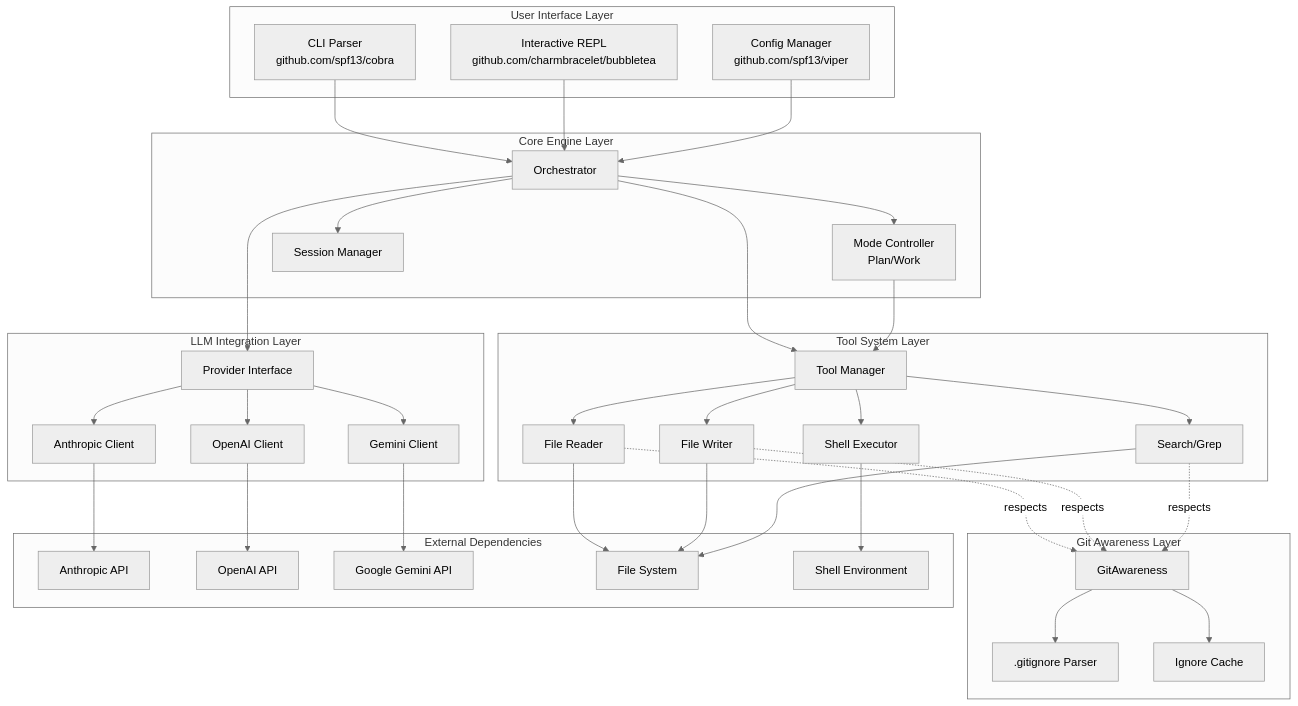
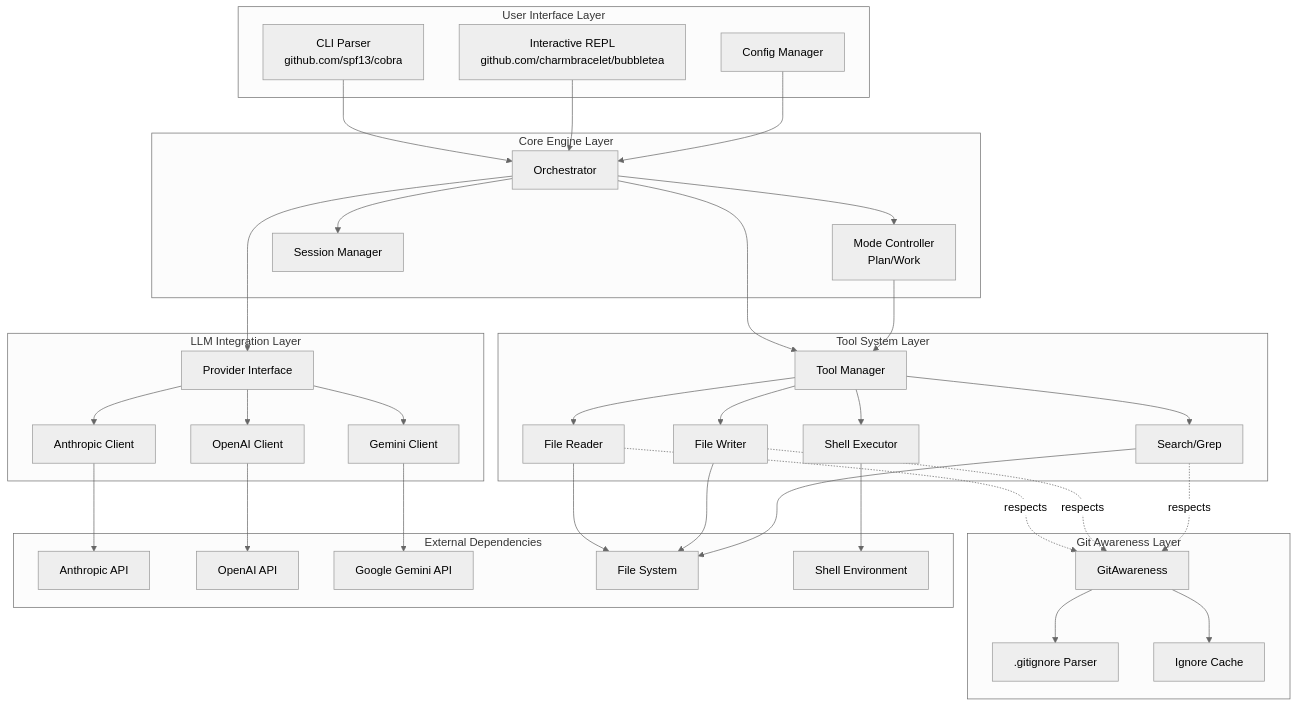
Before and after one commit to mochow13/keen-code: the first of 13 diagrams in output-1_rfc.md, drawn with Mermaid (neutral theme). The commit also changed other lines of this file and 10 other files, not shown here.

First line of the commit message:
refactor(config): remove viper and custom logger, use slog and yaml directly

````diff
--- a/output-1_rfc.md
+++ b/output-1_rfc.md
@@ -13,71 +13,71 @@
 ```mermaid
 graph TB
     subgraph "User Interface Layer"
         CLI[CLI Parser<br/>github.com/spf13/cobra]
         REPL[Interactive REPL<br/>github.com/charmbracelet/bubbletea]
-        CONFIG[Config Manager<br/>github.com/spf13/viper]
+        CONFIG[Config Manager]
     end
 
     subgraph "Core Engine Layer"
         ORCH[Orchestrator]
         MODE[Mode Controller<br/>Plan/Work]
         SESSION[Session Manager]
     end
 
     subgraph "Tool System Layer"
         TOOLM[Tool Manager]
         FILE_READ[File Reader]
         FILE_WRITE[File Writer]
         SHELL[Shell Executor]
         GREP[Search/Grep]
     end
 
     subgraph "Git Awareness Layer"
         GIT[GitAwareness]
         GITIGNORE[.gitignore Parser]
         IGNORE_CACHE[Ignore Cache]
     end
 
     subgraph "LLM Integration Layer"
         PROVIDER[Provider Interface]
         ANTHROPIC[Anthropic Client]
         OPENAI[OpenAI Client]
         GEMINI[Gemini Client]
     end
 
     subgraph "External Dependencies"
         ANTHROPIC_API[Anthropic API]
         OPENAI_API[OpenAI API]
         GEMINI_API[Google Gemini API]
         FILE_SYSTEM[File System]
         SHELL_ENV[Shell Environment]
     end
 
     CLI --> ORCH
     REPL --> ORCH
     CONFIG --> ORCH
     ORCH --> MODE
     ORCH --> SESSION
     ORCH --> TOOLM
     MODE --> TOOLM
     TOOLM --> FILE_READ
     TOOLM --> FILE_WRITE
     TOOLM --> SHELL
     TOOLM --> GREP
     ORCH --> PROVIDER
     PROVIDER --> ANTHROPIC
     PROVIDER --> OPENAI
     PROVIDER --> GEMINI
     ANTHROPIC --> ANTHROPIC_API
     OPENAI --> OPENAI_API
     GEMINI --> GEMINI_API
     FILE_READ --> FILE_SYSTEM
     FILE_WRITE --> FILE_SYSTEM
     SHELL --> SHELL_ENV
     GREP --> FILE_SYSTEM
     GIT --> GITIGNORE
     GIT --> IGNORE_CACHE
     FILE_READ -.->|respects| GIT
     FILE_WRITE -.->|respects| GIT
     GREP -.->|respects| GIT
 ```
````
